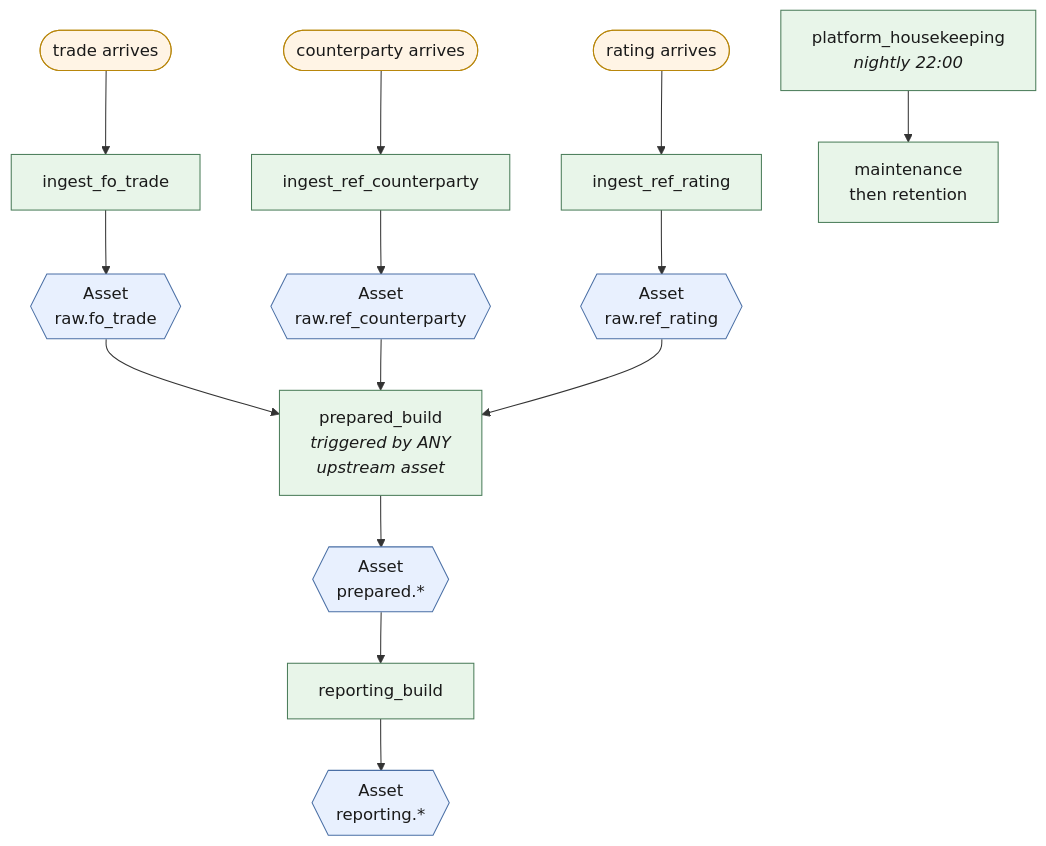
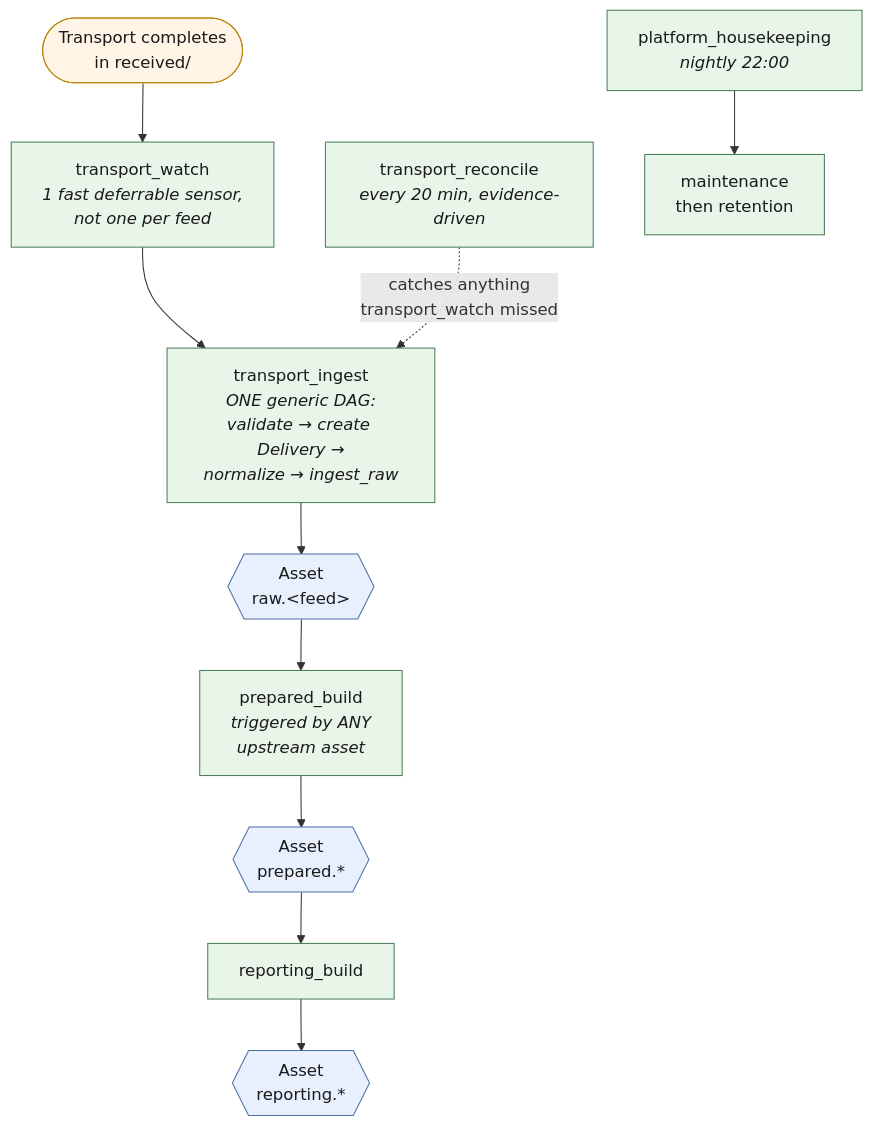
Before and after one commit to RichardFellows/reporting-platform-local: the fifth of 6 diagrams in README.md, drawn with Mermaid. The commit also changed other lines of this file and 1 other file, not shown here.

````diff
--- a/README.md
+++ b/README.md
@@ -128,27 +187,21 @@
 ```mermaid
 flowchart TB
-    T(["trade arrives"]) --> IT["ingest_fo_trade"]
-    C(["counterparty arrives"]) --> IC["ingest_ref_counterparty"]
-    R(["rating arrives"]) --> IR["ingest_ref_rating"]
+    T(["Transport completes<br/>in received/"]) --> W["transport_watch<br/><i>1 fast deferrable sensor,<br/>not one per feed</i>"]
+    W --> TI["transport_ingest<br/><i>ONE generic DAG:<br/>validate → create Delivery →<br/>normalize → ingest_raw</i>"]
+    REC["transport_reconcile<br/><i>every 20 min, evidence-driven</i>"] -.->|"catches anything<br/>transport_watch missed"| TI
 
-    IT --> AT{{"Asset<br/>raw.fo_trade"}}
-    IC --> AC{{"Asset<br/>raw.ref_counterparty"}}
-    IR --> AR{{"Asset<br/>raw.ref_rating"}}
-
+    TI --> AT{{"Asset<br/>raw.&lt;feed&gt;"}}
     AT --> PB["prepared_build<br/><i>triggered by ANY<br/>upstream asset</i>"]
-    AC --> PB
-    AR --> PB
-
     PB --> AP{{"Asset<br/>prepared.*"}}
     AP --> RB["reporting_build"]
     RB --> ARP{{"Asset<br/>reporting.*"}}
 
     HK["platform_housekeeping<br/><i>nightly 22:00</i>"] --> MNT["maintenance<br/>then retention"]
 
     classDef feed fill:#fff4e5,stroke:#b8860b,color:#1a1a1a
     classDef task fill:#e8f5e9,stroke:#4a7c59,color:#1a1a1a
     classDef asset fill:#e8f0fe,stroke:#4a6fa5,color:#1a1a1a
-    class T,C,R feed
-    class IT,IC,IR,PB,RB,HK,MNT task
-    class AT,AC,AR,AP,ARP asset
+    class T feed
+    class W,TI,REC,PB,RB,HK,MNT task
+    class AT,AP,ARP asset
 ```
````
